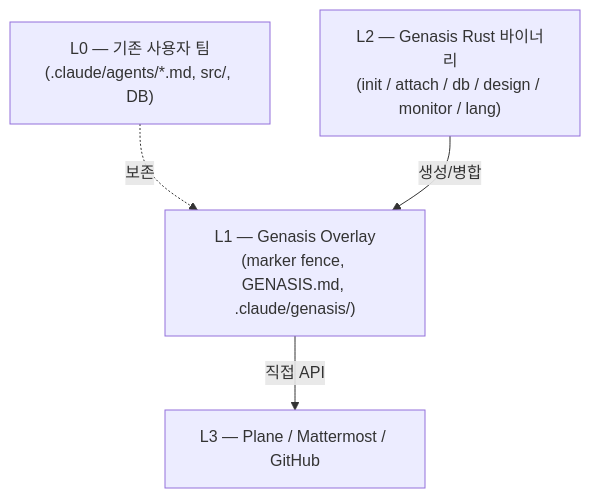
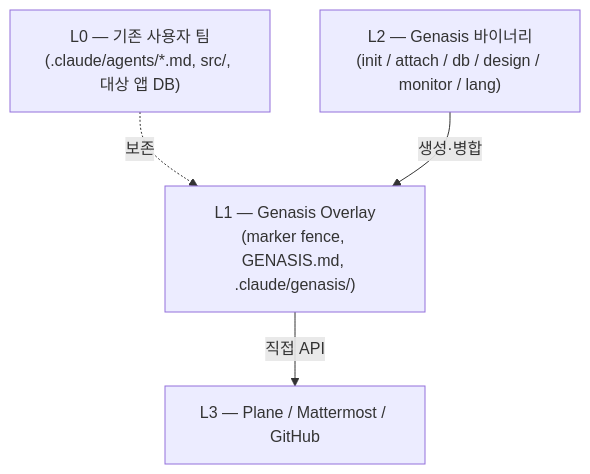
Before and after one commit to claude-genasis/genasis: the diagram in README.ko.md, drawn with Mermaid. The commit also changed other lines of this file and 8 other files, not shown here.

````diff
--- a/README.ko.md
+++ b/README.ko.md
@@ -81,10 +83,10 @@
 ```mermaid
 flowchart TB
-  L0["L0 — 기존 사용자 팀<br/>(.claude/agents/*.md, src/, DB)"]
+  L0["L0 — 기존 사용자 팀<br/>(.claude/agents/*.md, src/, 대상 앱 DB)"]
   L1["L1 — Genasis Overlay<br/>(marker fence, GENASIS.md, .claude/genasis/)"]
-  L2["L2 — Genasis Rust 바이너리<br/>(init / attach / db / design / monitor / lang)"]
+  L2["L2 — Genasis 바이너리<br/>(init / attach / db / design / monitor / lang)"]
   L3["L3 — Plane / Mattermost / GitHub"]
   L0 -. 보존 .-> L1
-  L2 -- 생성/병합 --> L1
+  L2 -- 생성·병합 --> L1
   L1 -- 직접 API --> L3
 ```
````
